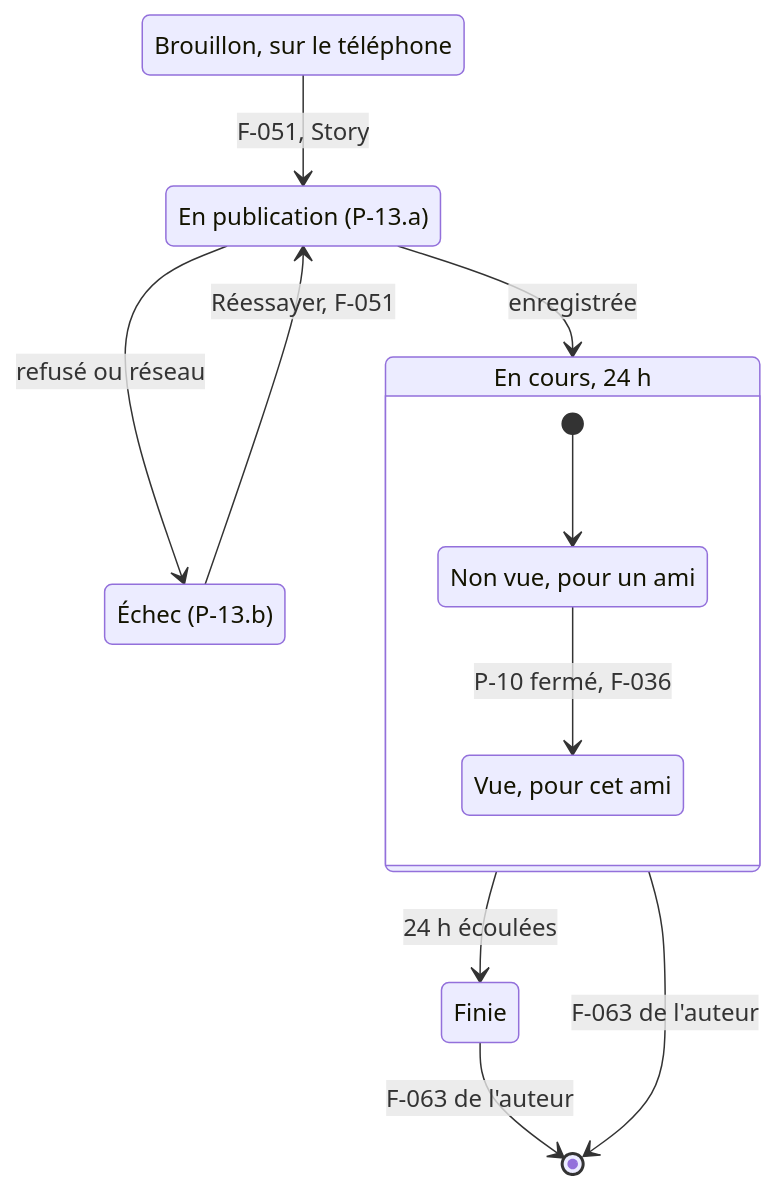
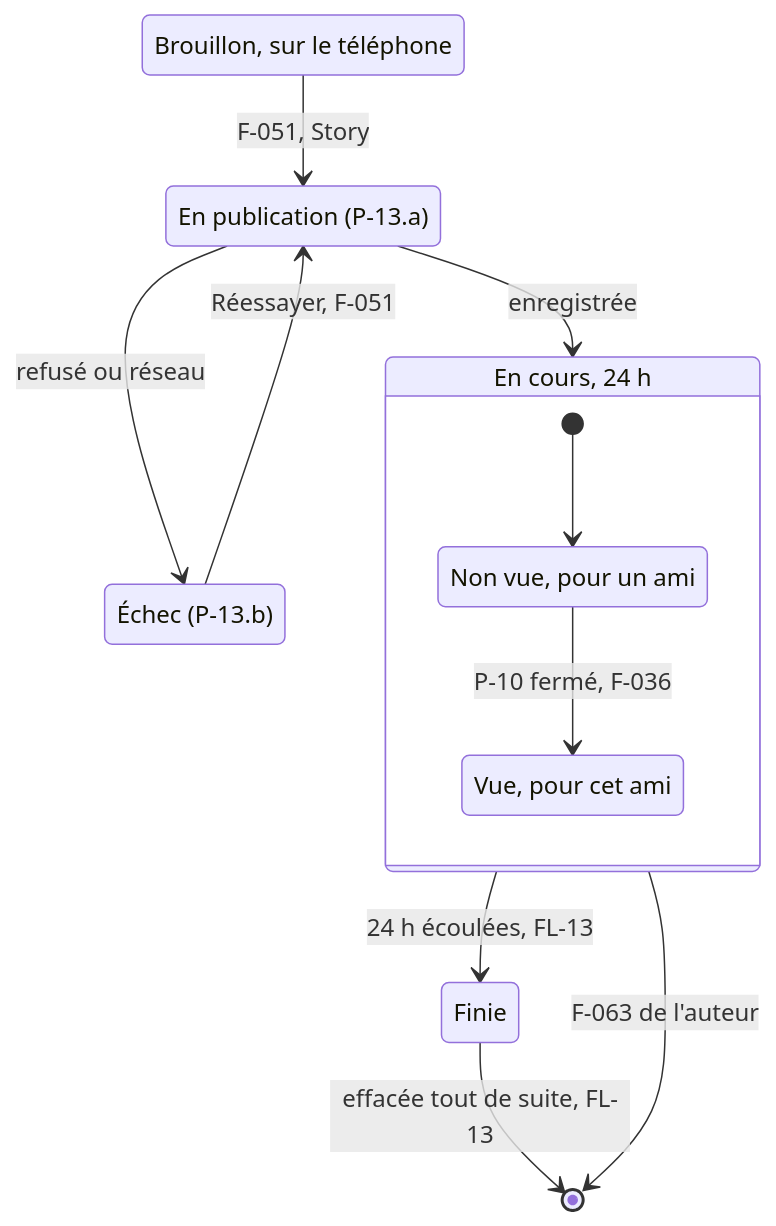
Before and after one commit to JeanPhilippeThai/fake_scrolling: the sixth of 8 diagrams in claude_docs/conception-systeme.md, drawn with Mermaid. The commit also changed other lines of this file and 4 other files, not shown here.

````diff
--- a/claude_docs/conception-systeme.md
+++ b/claude_docs/conception-systeme.md
@@ -803,20 +891,20 @@
 ```mermaid
 stateDiagram-v2
     state "Brouillon, sur le téléphone" as brouillon
     state "En publication (P-13.a)" as en_publication
     state "Échec (P-13.b)" as echec
     state "Finie" as finie
     brouillon --> en_publication : F-051, Story
     en_publication --> echec : refusé ou réseau
     echec --> en_publication : Réessayer, F-051
     en_publication --> en_cours : enregistrée
     state "En cours, 24 h" as en_cours {
         state "Non vue, pour un ami" as non_vue
         state "Vue, pour cet ami" as vue
         [*] --> non_vue
         non_vue --> vue : P-10 fermé, F-036
     }
-    en_cours --> finie : 24 h écoulées
+    en_cours --> finie : 24 h écoulées, FL-13
     en_cours --> [*] : F-063 de l'auteur
-    finie --> [*] : F-063 de l'auteur
+    finie --> [*] : effacée tout de suite, FL-13
 ```
````
